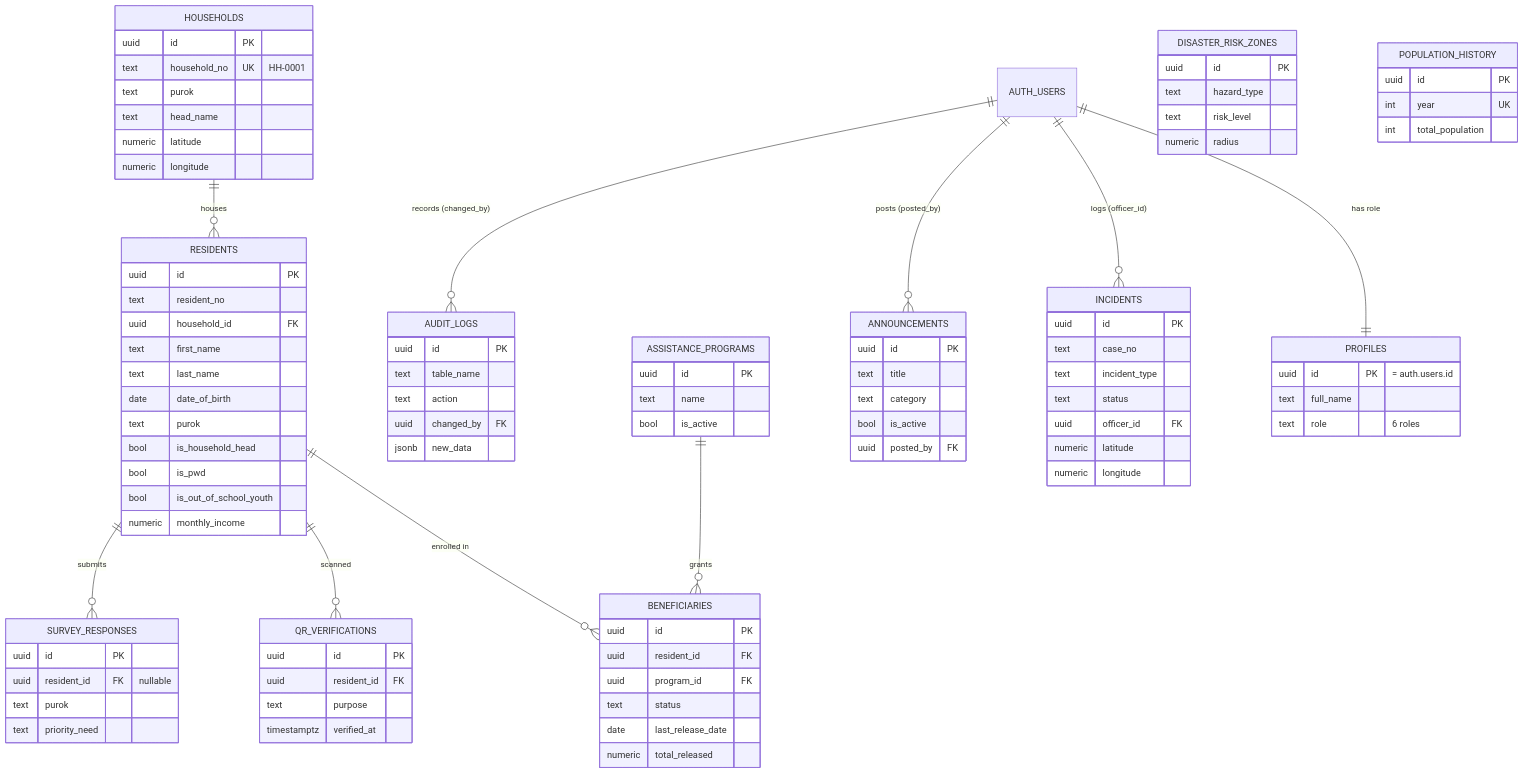
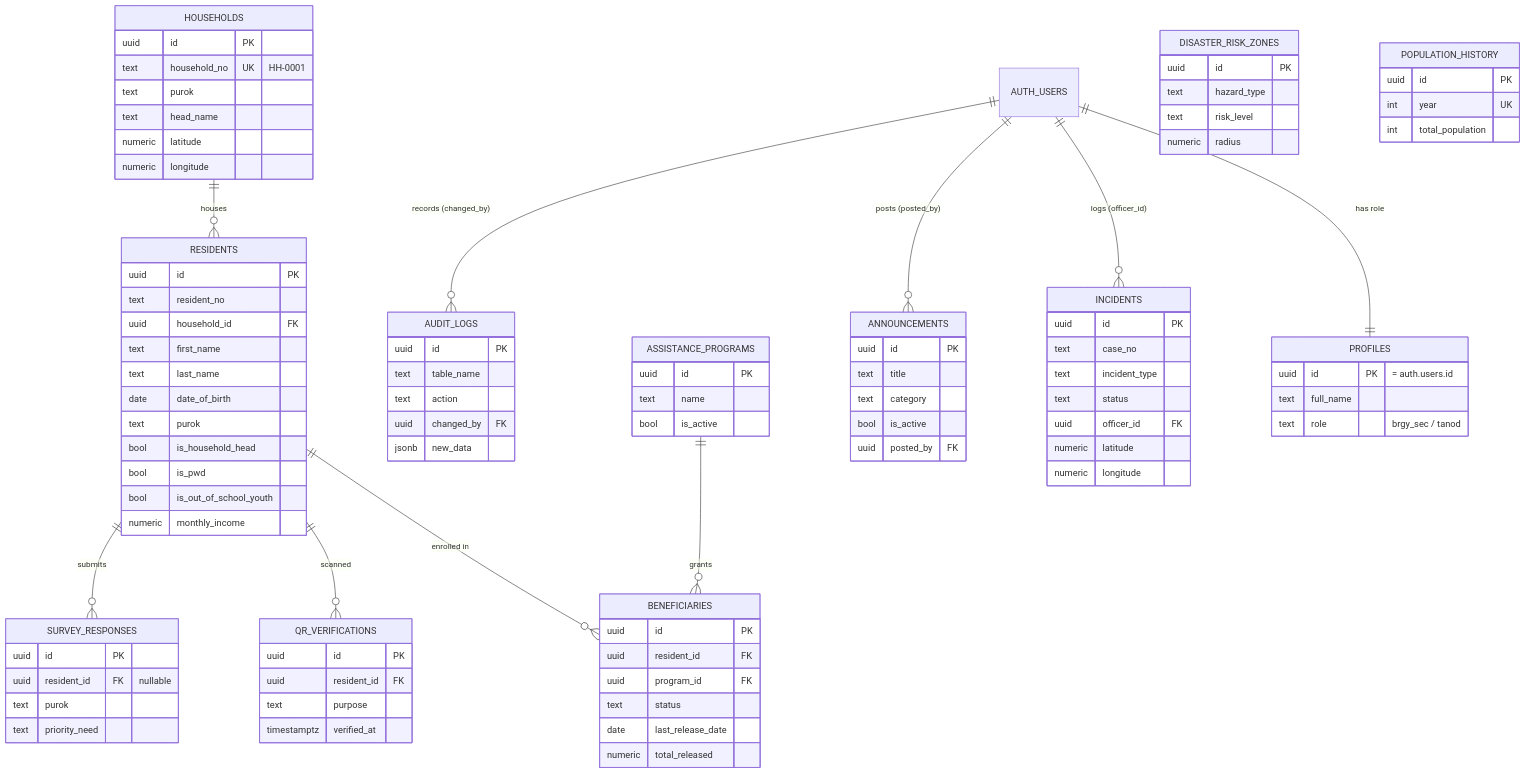
The diagram in DATA_MODEL.md (KellyEspera/protect), drawn with Mermaid before and after one commit. The commit also changed 1 other file, not shown here.

Commit message:
Docs: correct stale role counts to current 2 roles (Secretary/Tanod)
DATA_PRIVACY.md RA 10173 table said '5 defined roles' and DATA_MODEL.md
ERD snippet said role '6 roles'; both now reflect the live brgy_sec /
tanod roles.

```diff
--- a/DATA_MODEL.md
+++ b/DATA_MODEL.md
@@ -223,7 +223,7 @@
     PROFILES {
         uuid id PK "= auth.users.id"
         text full_name
-        text role "6 roles"
+        text role "brgy_sec / tanod"
     }
     HOUSEHOLDS {
         uuid id PK
```
